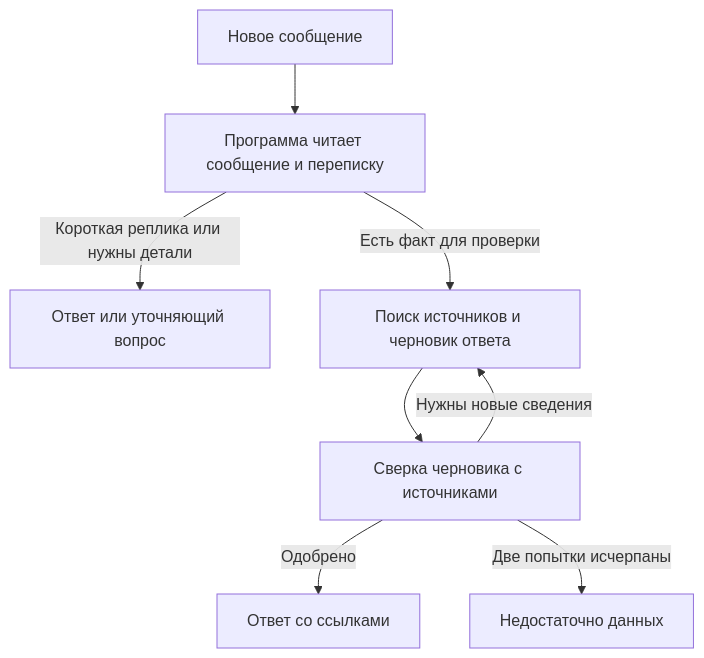
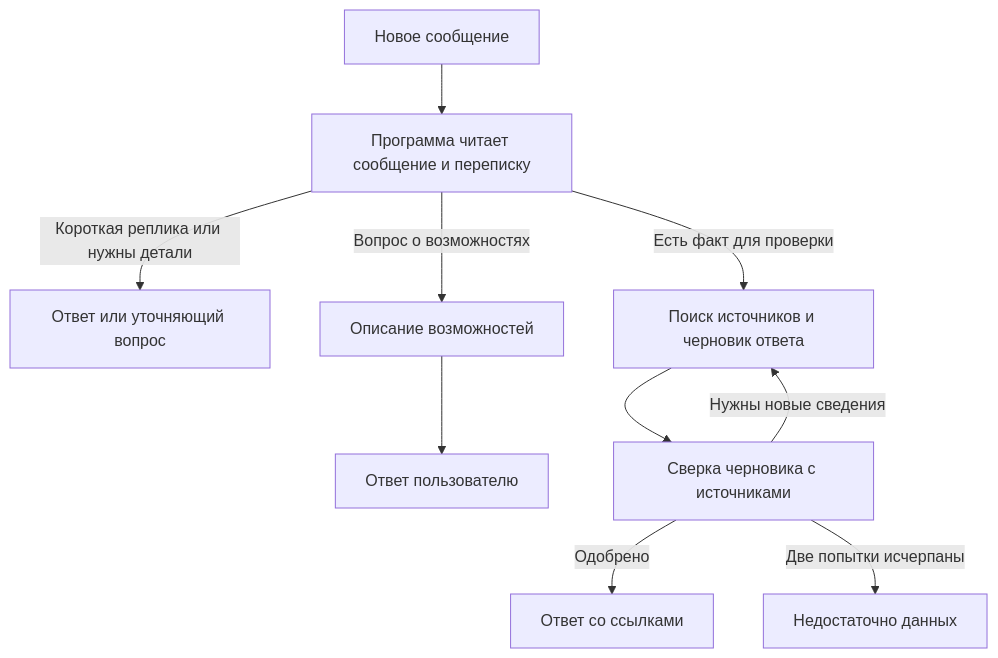
The diagram in README.md (Viacheslav-hub-blip/factchecker), drawn with Mermaid before and after one commit. The commit also changed other lines of this file and 4 other files, not shown here.

Commit message:
Добавить отдельный ответ о возможностях и сохранение в SQLite

````diff
--- a/README.md
+++ b/README.md
@@ -62,10 +62,12 @@
 ```mermaid
 flowchart TD
     A[Новое сообщение] --> B[Программа читает сообщение и переписку]
     B -->|Короткая реплика или нужны детали| C[Ответ или уточняющий вопрос]
+    B -->|Вопрос о возможностях| K[Описание возможностей]
     B -->|Есть факт для проверки| E[Поиск источников и черновик ответа]
+    K --> Z[Ответ пользователю]
     E --> F[Сверка черновика с источниками]
     F -->|Одобрено| P[Ответ со ссылками]
     F -->|Нужны новые сведения| E
     F -->|Две попытки исчерпаны| N[Недостаточно данных]
 ```
````
